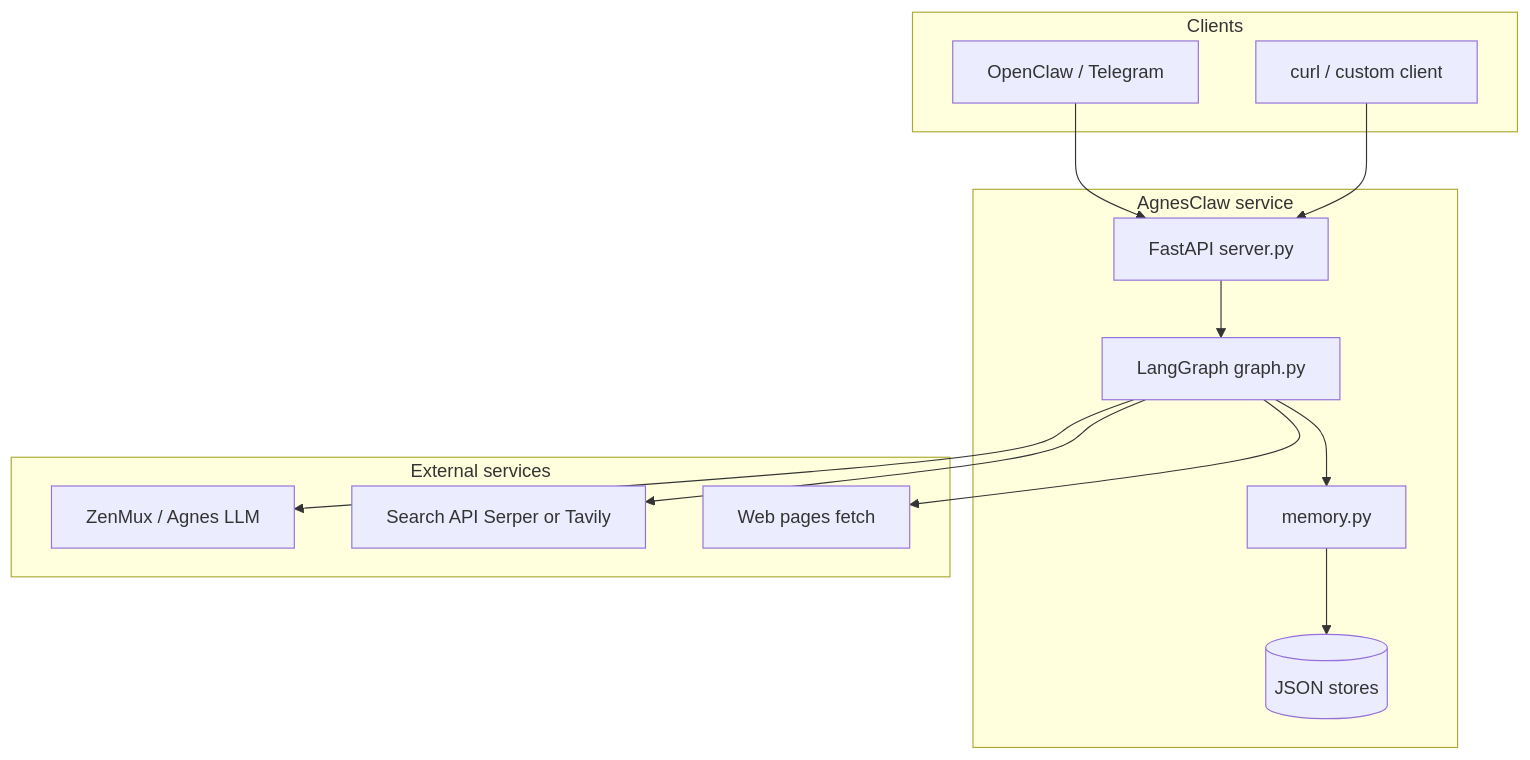
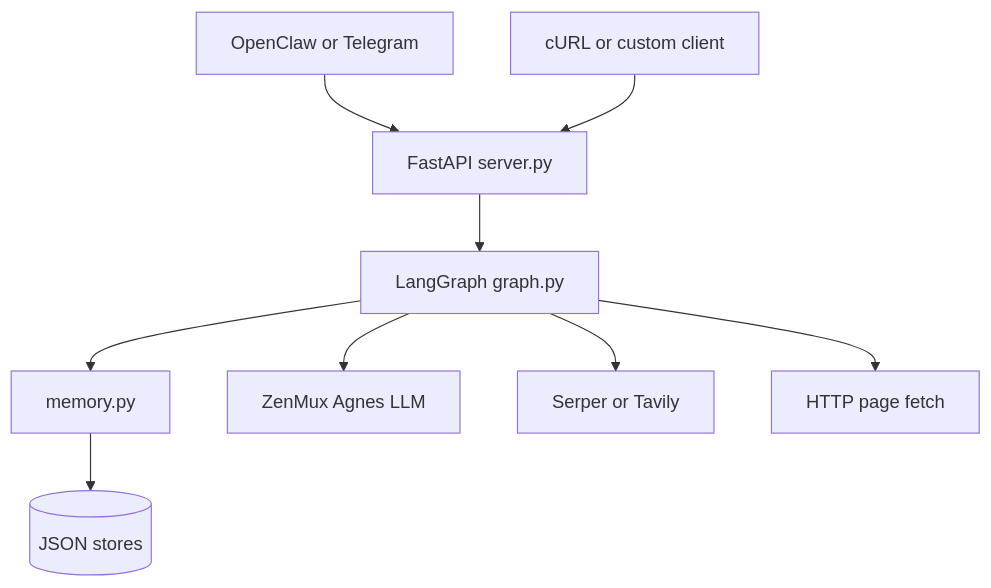
The first of 2 diagrams in README.md (cmengu/Agnes-Beta), drawn with Mermaid before and after one commit. The commit also changed other lines of this file, not shown here.

Commit message:
docs: simplify Mermaid for GitHub renderer compatibility
Use graph TD, flat topology, and shorter edge labels. Note chunk-load viewer failures.

Made-with: Cursor

````diff
--- a/README.md
+++ b/README.md
@@ -15,29 +17,21 @@
 ```mermaid
-flowchart TB
-  subgraph Clients
-    OC[OpenClaw / Telegram]
-    CLI[curl / custom client]
-  end
-
-  subgraph AgnesClaw["AgnesClaw service"]
-    API[FastAPI server.py]
-    LG[LangGraph graph.py]
-    MEM[memory.py]
-    ST[(JSON stores)]
-    API --> LG
-    LG --> MEM
-    MEM --> ST
-  end
-
-  subgraph External["External services"]
-    ZM[ZenMux / Agnes LLM]
-    SR[Search API Serper or Tavily]
-    WEB[Web pages fetch]
-  end
+graph TD
+  OC[OpenClaw or Telegram]
+  CLI[cURL or custom client]
+  API[FastAPI server.py]
+  LG[LangGraph graph.py]
+  MEM[memory.py]
+  ST[(JSON stores)]
+  ZM[ZenMux Agnes LLM]
+  SR[Serper or Tavily]
+  WEB[HTTP page fetch]
 
   OC --> API
   CLI --> API
+  API --> LG
+  LG --> MEM
+  MEM --> ST
   LG --> ZM
   LG --> SR
   LG --> WEB
 ```
````
